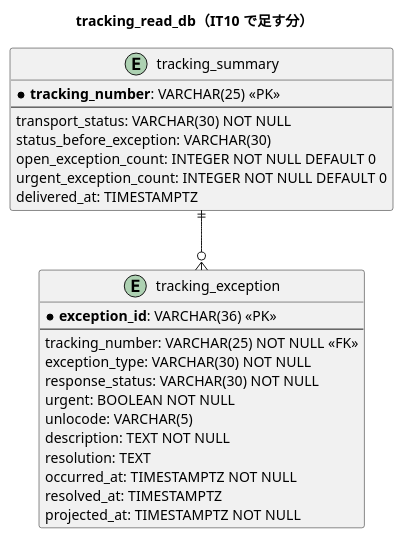
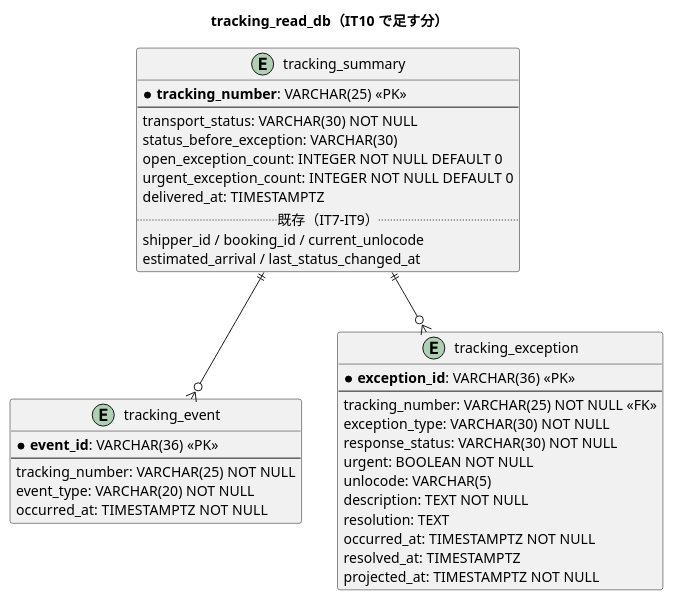
Before and after one commit to k2works/case-study-cargo-tracker: the third of 4 diagrams in docs/development/cargo-tracker/iteration_plan-10.md, drawn with PlantUML. The commit also changed other lines of this file, not shown here.

````diff
--- a/docs/development/cargo-tracker/iteration_plan-10.md
+++ b/docs/development/cargo-tracker/iteration_plan-10.md
@@ -235,32 +254,44 @@
 ```plantuml
 @startuml
 title tracking_read_db（IT10 で足す分）
 
 entity "tracking_summary" as ts {
   * **tracking_number**: VARCHAR(25) <<PK>>
   --
   transport_status: VARCHAR(30) NOT NULL
   status_before_exception: VARCHAR(30)
   open_exception_count: INTEGER NOT NULL DEFAULT 0
   urgent_exception_count: INTEGER NOT NULL DEFAULT 0
   delivered_at: TIMESTAMPTZ
+  .. 既存（IT7-IT9） ..
+  shipper_id / booking_id / current_unlocode
+  estimated_arrival / last_status_changed_at
+}
+
+entity "tracking_event" as te {
+  * **event_id**: VARCHAR(36) <<PK>>
+  --
+  tracking_number: VARCHAR(25) NOT NULL
+  event_type: VARCHAR(20) NOT NULL
+  occurred_at: TIMESTAMPTZ NOT NULL
 }
 
 entity "tracking_exception" as tx {
   * **exception_id**: VARCHAR(36) <<PK>>
   --
   tracking_number: VARCHAR(25) NOT NULL <<FK>>
   exception_type: VARCHAR(30) NOT NULL
   response_status: VARCHAR(30) NOT NULL
   urgent: BOOLEAN NOT NULL
   unlocode: VARCHAR(5)
   description: TEXT NOT NULL
   resolution: TEXT
   occurred_at: TIMESTAMPTZ NOT NULL
   resolved_at: TIMESTAMPTZ
   projected_at: TIMESTAMPTZ NOT NULL
 }
 
 ts ||--o{ tx
+ts ||--o{ te
 @enduml
 ```
````
